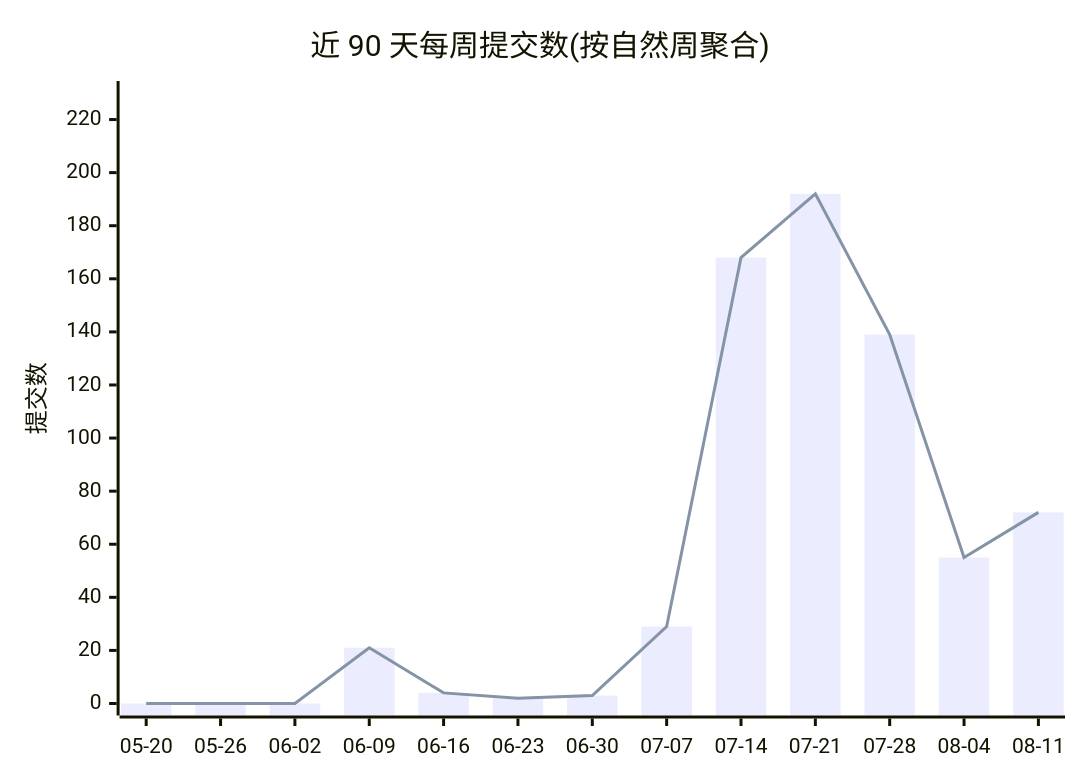
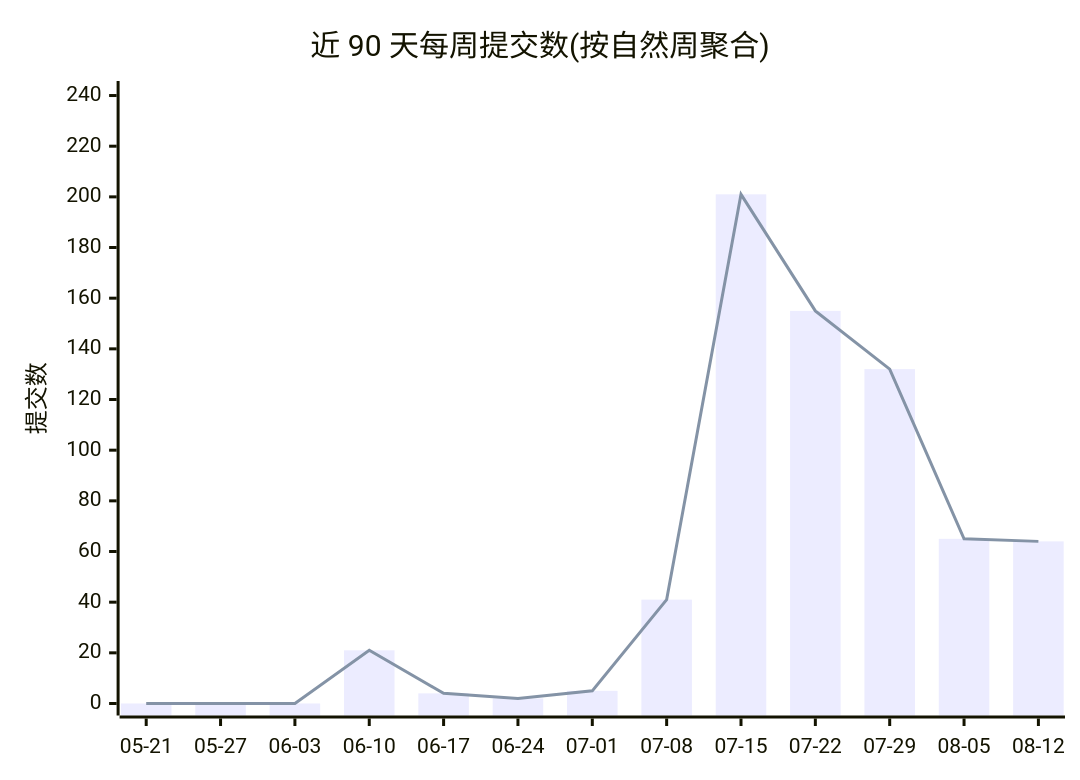
One commit to Conflux-Union/.github changed the first of 2 diagrams in profile/README.md. Above: the diagram before and after it, drawn with Mermaid. The commit also changed other lines of this file and 1 other file, not shown here.

````diff
--- a/profile/README.md
+++ b/profile/README.md
@@ -44,8 +44,8 @@
 ```mermaid
 xychart-beta
     title "近 90 天每周提交数(按自然周聚合)"
-    x-axis ["05-20", "05-26", "06-02", "06-09", "06-16", "06-23", "06-30", "07-07", "07-14", "07-21", "07-28", "08-04", "08-11"]
-    y-axis "提交数" 0 --> 230
-    bar [0, 0, 0, 21, 4, 2, 3, 29, 168, 192, 139, 55, 72]
-    line [0, 0, 0, 21, 4, 2, 3, 29, 168, 192, 139, 55, 72]
+    x-axis ["05-21", "05-27", "06-03", "06-10", "06-17", "06-24", "07-01", "07-08", "07-15", "07-22", "07-29", "08-05", "08-12"]
+    y-axis "提交数" 0 --> 241
+    bar [0, 0, 0, 21, 4, 2, 5, 41, 201, 155, 132, 65, 64]
+    line [0, 0, 0, 21, 4, 2, 5, 41, 201, 155, 132, 65, 64]
 ```
````
